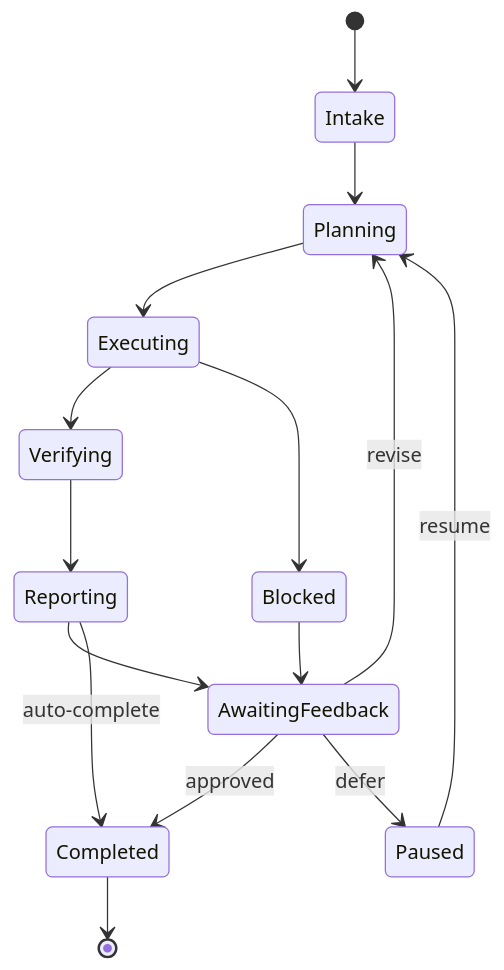
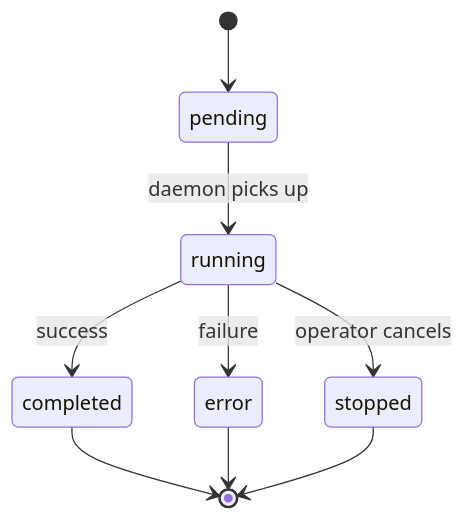
One commit to dustland/openviber changed the diagram in docs/design/task-lifecycle.md. Above: the diagram before and after it, drawn with Mermaid. The commit also changed other lines of this file and 42 other files, not shown here.

````diff
--- a/docs/design/task-lifecycle.md
+++ b/docs/design/task-lifecycle.md
@@ -19,17 +14,11 @@
 ```mermaid
 stateDiagram-v2
-    [*] --> Intake
-    Intake --> Planning
-    Planning --> Executing
-    Executing --> Verifying
-    Verifying --> Reporting
-    Reporting --> AwaitingFeedback
-    AwaitingFeedback --> Planning : revise
-    AwaitingFeedback --> Completed : approved
-    AwaitingFeedback --> Paused : defer
-    Executing --> Blocked
-    Blocked --> AwaitingFeedback
-    Paused --> Planning : resume
-    Reporting --> Completed : auto-complete
-    Completed --> [*]
+    [*] --> pending
+    pending --> running : daemon picks up
+    running --> completed : success
+    running --> error : failure
+    running --> stopped : operator cancels
+    completed --> [*]
+    error --> [*]
+    stopped --> [*]
 ```
````
